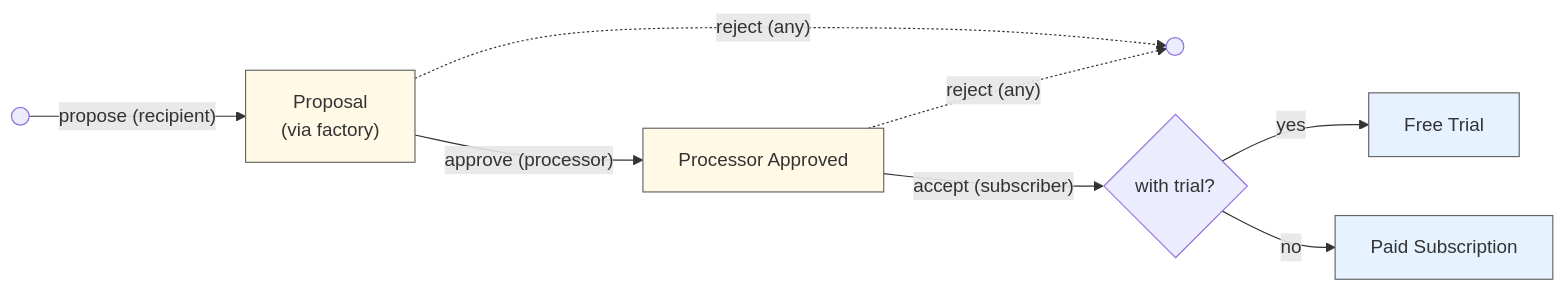
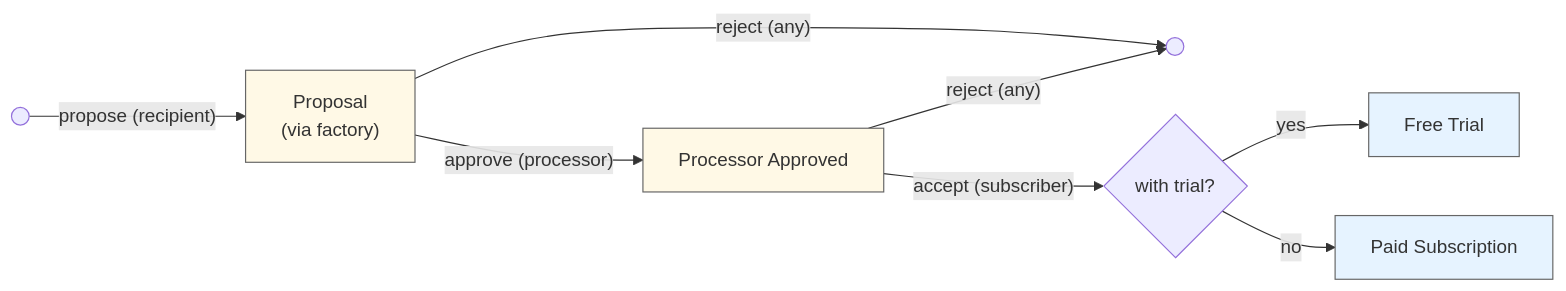
Before and after one commit to Fairmint/open-captable-protocol-daml: the second of 4 diagrams in Subscriptions-v01/README.md, drawn with Mermaid. The commit also changed other lines of this file, not shown here.

````diff
--- a/Subscriptions-v01/README.md
+++ b/Subscriptions-v01/README.md
@@ -176,15 +115,15 @@
 ```mermaid
 flowchart LR
     Start(( )) --> |"propose (recipient)"| RP["Proposal<br>(via factory)"]
     RP -->|"approve (processor)"| PA[Processor Approved]
-    RP -.->|"reject (any)"| End(( ))
+    RP -->|"reject (any)"| End(( ))
     PA -->|"accept (subscriber)"| Choice{with trial?}
-    PA -.->|"reject (any)"| End
+    PA -->|"reject (any)"| End
     Choice -->|yes| FT[Free Trial]
     Choice -->|no| PS[Paid Subscription]
     
     classDef proposal fill:#fff9e6,stroke:#666
     classDef active fill:#e6f3ff,stroke:#666
     class RP,PA proposal
     class FT,PS active
 ```
````
